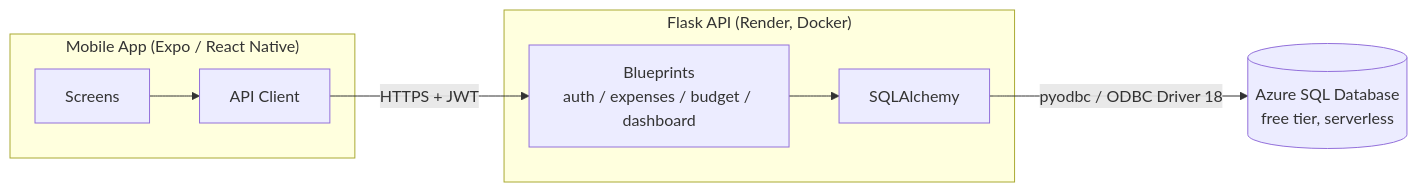
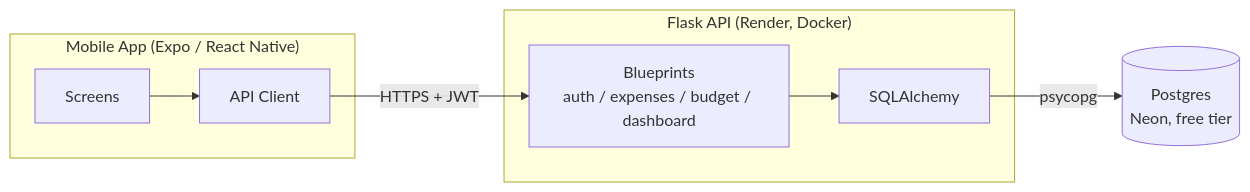
The diagram in README.md (DondieGatan/expense-tracker), drawn with Mermaid before and after one commit. The commit also changed other lines of this file, not shown here.

Commit message:
README: update for Neon Postgres, add try-it steps, new features and deployment details

````diff
--- a/README.md
+++ b/README.md
@@ -23,15 +30,15 @@
 ```mermaid
 flowchart LR
     subgraph Mobile["Mobile App (Expo / React Native)"]
         UI[Screens] --> Client[API Client]
     end
 
     subgraph Backend["Flask API (Render, Docker)"]
         Routes[Blueprints<br/>auth / expenses / budget / dashboard] --> ORM[SQLAlchemy]
     end
 
-    DB[(Azure SQL Database<br/>free tier, serverless)]
+    DB[(Postgres<br/>Neon, free tier)]
 
     Client -- "HTTPS + JWT" --> Routes
-    ORM -- "pyodbc / ODBC Driver 18" --> DB
+    ORM -- "psycopg" --> DB
 ```
````
